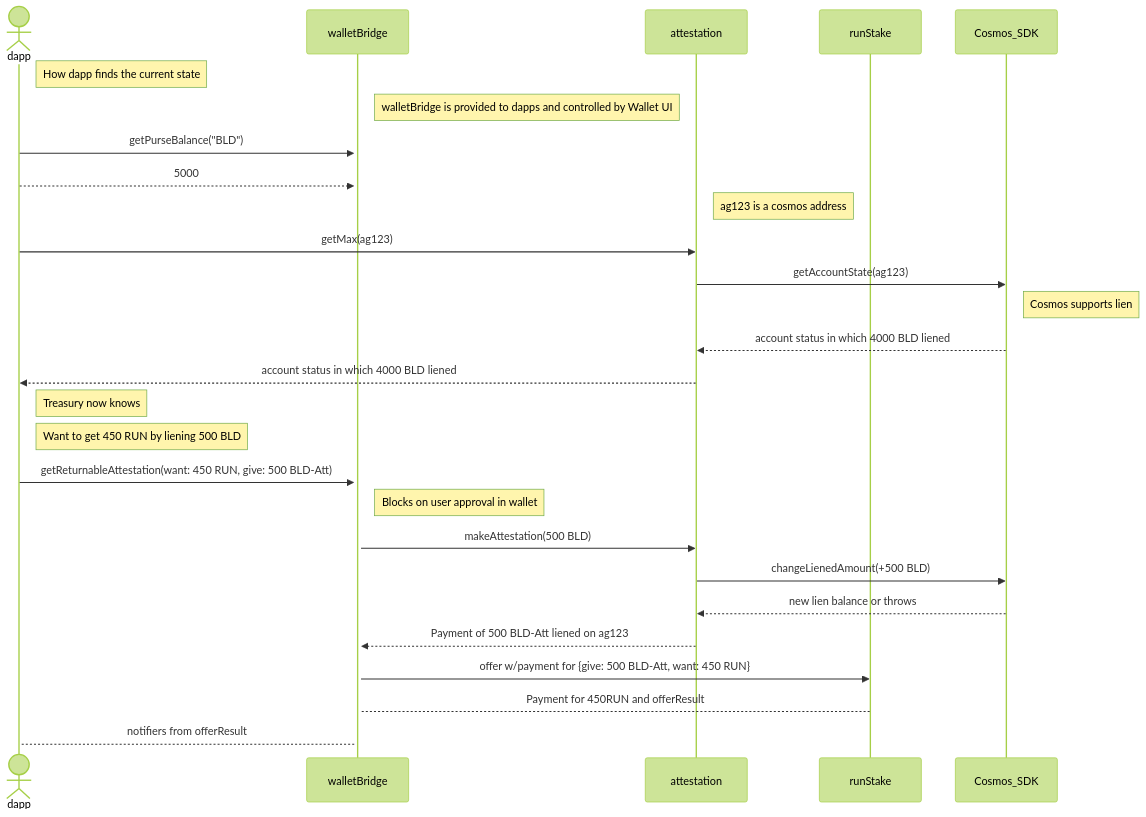
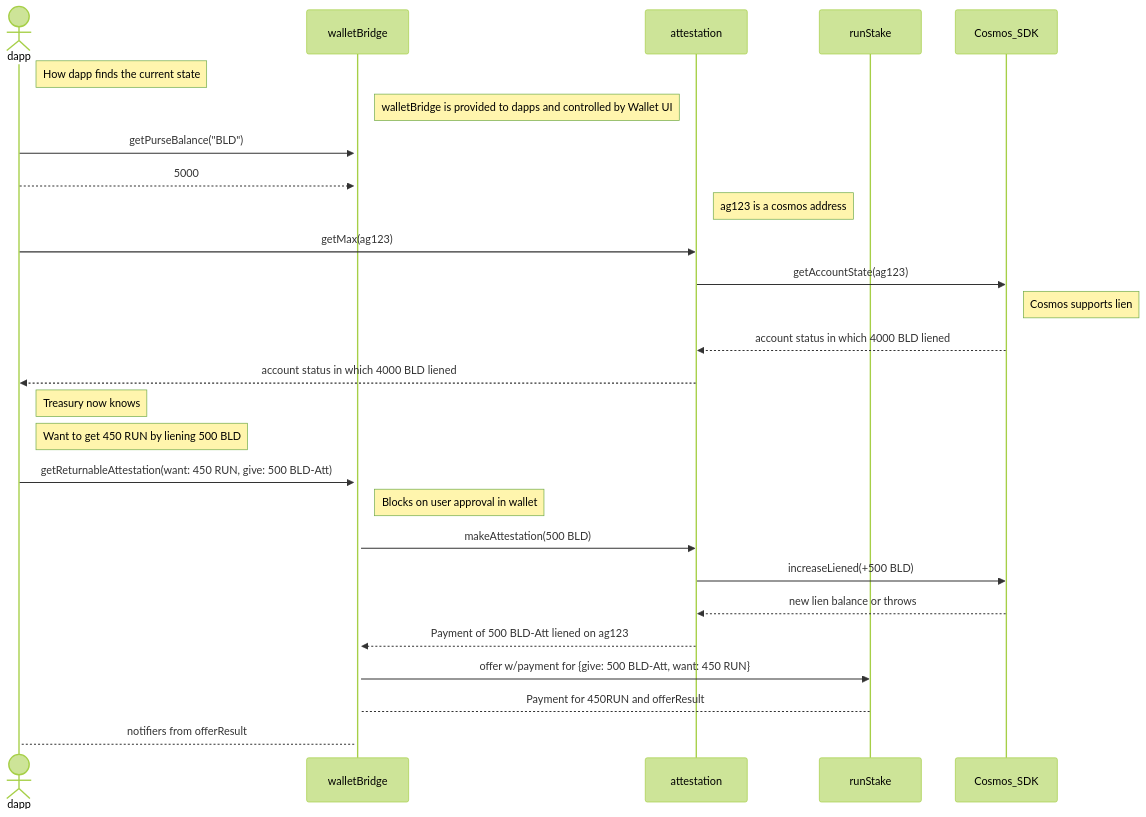
The diagram in packages/run-protocol/src/runStake/README.md (Agoric/agoric-sdk), drawn with Mermaid (forest theme) before and after one commit. The commit also changed 1 other file, not shown here.

Commit message:
fix: rename and docs from review

````diff
--- a/packages/run-protocol/src/runStake/README.md
+++ b/packages/run-protocol/src/runStake/README.md
@@ -17,36 +17,36 @@
 ```mermaid
 sequenceDiagram
     actor dapp
     participant walletBridge
     participant attestation
     participant runStake
     participant Cosmos_SDK
 
     note right of dapp: How dapp finds the current state
 
     note right of walletBridge: walletBridge is provided to dapps and controlled by Wallet UI
     dapp ->>+ walletBridge: getPurseBalance("BLD")
     dapp -->> walletBridge: 5000
 
     note right of attestation: ag123 is a cosmos address
     dapp ->> attestation: getMax(ag123)
     attestation ->> Cosmos_SDK: getAccountState(ag123)
     note right of Cosmos_SDK: Cosmos supports lien
     Cosmos_SDK -->> attestation: account status in which 4000 BLD liened
     attestation  -->> dapp: account status in which 4000 BLD liened
     note right of dapp: Treasury now knows
 
     note right of dapp: Want to get 450 RUN by liening 500 BLD
     dapp ->> walletBridge: getReturnableAttestation(want: 450 RUN, give: 500 BLD-Att)
     note right of walletBridge: Blocks on user approval in wallet
     walletBridge ->> attestation: makeAttestation(500 BLD)
-    attestation ->> Cosmos_SDK: changeLienedAmount(+500 BLD)
+    attestation ->> Cosmos_SDK: increaseLiened(+500 BLD)
     Cosmos_SDK -->> attestation: new lien balance or throws
 
     attestation -->> walletBridge: Payment of 500 BLD-Att liened on ag123
 
     walletBridge ->> runStake: offer w/payment for {give: 500 BLD-Att, want: 450 RUN} 
 
     runStake --> walletBridge: Payment for 450RUN and offerResult
     walletBridge --> dapp: notifiers from offerResult
 ```
````
